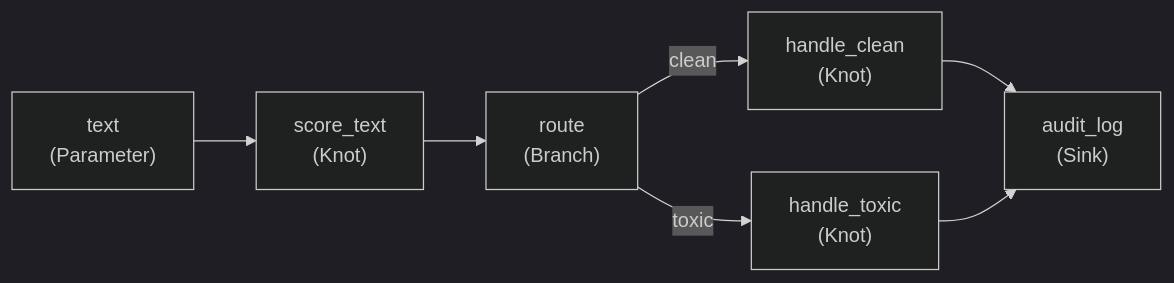
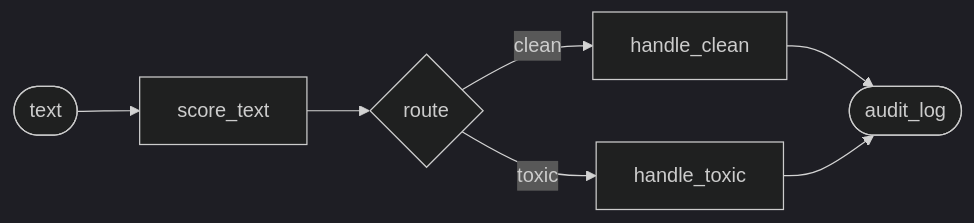
One commit to snoodleboot-io/pirn changed the diagram in docs/getting-started/first-pipeline.md. Above: the diagram before and after it, drawn with Mermaid (dark theme). The commit also changed 5 other files, not shown here.

First line of the commit message:
fix: mermaid rendering and yaml-loader docs (#10)

````diff
--- a/docs/getting-started/first-pipeline.md
+++ b/docs/getting-started/first-pipeline.md
@@ -18,16 +18,16 @@
 ```mermaid
 graph LR
-    text["text\n(Parameter)"]
-    score["score_text\n(Knot)"]
-    route["route\n(Branch)"]
-    handle_ok["handle_clean\n(Knot)"]
-    handle_toxic["handle_toxic\n(Knot)"]
-    audit["audit_log\n(Sink)"]
+    text([text])
+    score[score_text]
+    route{route}
+    handle_ok[handle_clean]
+    handle_toxic[handle_toxic]
+    audit([audit_log])
 
     text --> score
     score --> route
     route -->|clean| handle_ok
     route -->|toxic| handle_toxic
     handle_ok --> audit
     handle_toxic --> audit
 ```
````
